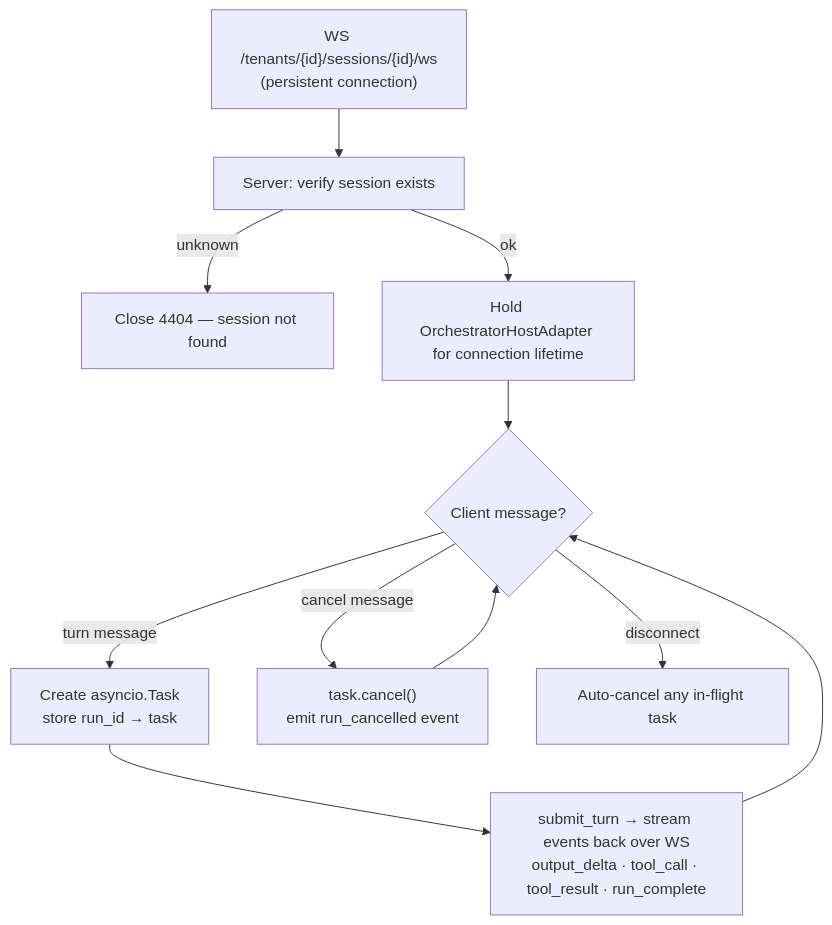
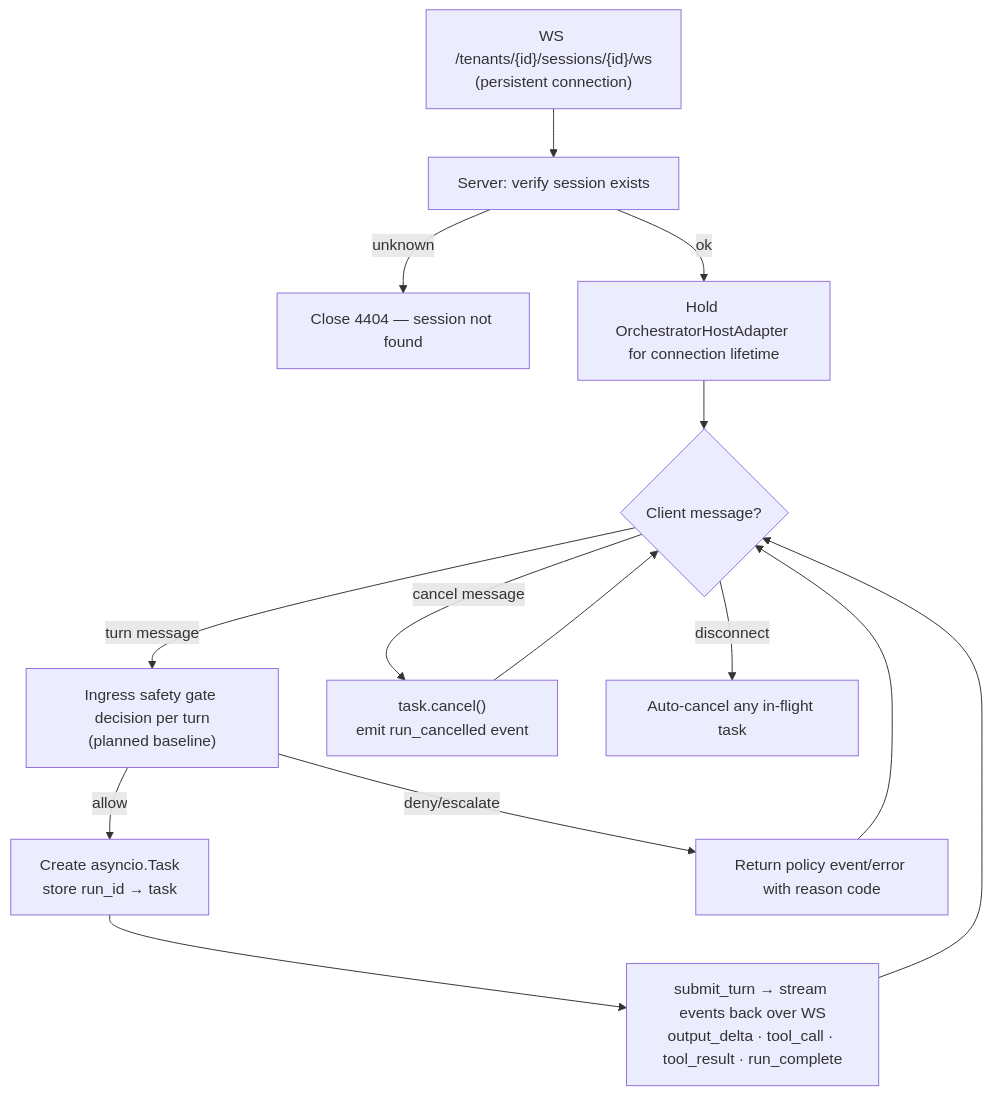
One commit to SavinRazvan/eXo-brain changed the third of 6 diagrams in README.md. Above: the diagram before and after it, drawn with Mermaid. The commit also changed other lines of this file and 9 other files, not shown here.

First line of the commit message:
docs(strategy): align governance ingress roadmap and onboarding docs

````diff
--- a/README.md
+++ b/README.md
@@ -263,13 +298,16 @@
 ```mermaid
 flowchart TD
     A["WS /tenants/{id}/sessions/{id}/ws\n(persistent connection)"] --> B["Server: verify session exists"]
     B -->|unknown| C["Close 4404 — session not found"]
     B -->|ok| D["Hold OrchestratorHostAdapter for connection lifetime"]
     D --> E{Client message?}
-    E -->|turn message| F["Create asyncio.Task\nstore run_id → task"]
-    F --> G["submit_turn → stream events back over WS\noutput_delta · tool_call · tool_result · run_complete"]
-    G --> E
-    E -->|cancel message| H["task.cancel()\nemit run_cancelled event"]
+    E -->|turn message| F["Ingress safety gate decision per turn\n(planned baseline)"]
+    F -->|allow| G["Create asyncio.Task\nstore run_id → task"]
+    F -->|deny/escalate| H["Return policy event/error with reason code"]
+    G --> I["submit_turn → stream events back over WS\noutput_delta · tool_call · tool_result · run_complete"]
+    I --> E
     H --> E
-    E -->|disconnect| I["Auto-cancel any in-flight task"]
+    E -->|cancel message| J["task.cancel()\nemit run_cancelled event"]
+    J --> E
+    E -->|disconnect| K["Auto-cancel any in-flight task"]
 ```
````
